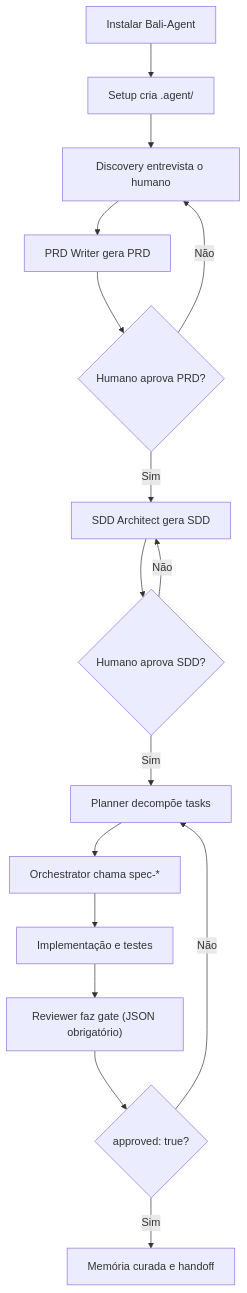
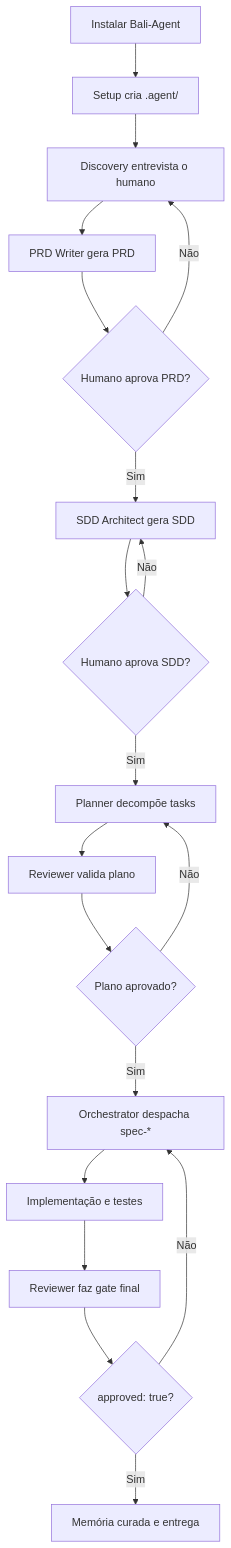
The first of 2 diagrams in README.md (ba-lison/Bali-Agent), drawn with Mermaid before and after one commit. The commit also changed other lines of this file and 33 other files, not shown here.

````diff
--- a/README.md
+++ b/README.md
@@ -265,18 +291,21 @@
 ```mermaid
 flowchart TD
   A["Instalar Bali-Agent"] --> B["Setup cria .agent/"]
   B --> C["Discovery entrevista o humano"]
   C --> D["PRD Writer gera PRD"]
   D --> E{"Humano aprova PRD?"}
   E -- "Não" --> C
   E -- "Sim" --> F["SDD Architect gera SDD"]
   F --> G{"Humano aprova SDD?"}
   G -- "Não" --> F
   G -- "Sim" --> H["Planner decompõe tasks"]
-  H --> I["Orchestrator chama spec-*"]
-  I --> J["Implementação e testes"]
-  J --> K["Reviewer faz gate (JSON obrigatório)"]
-  K --> L{"approved: true?"}
-  L -- "Não" --> H
-  L -- "Sim" --> M["Memória curada e handoff"]
+  H --> I["Reviewer valida plano"]
+  I --> J{"Plano aprovado?"}
+  J -- "Não" --> H
+  J -- "Sim" --> K["Orchestrator despacha spec-*"]
+  K --> L["Implementação e testes"]
+  L --> M["Reviewer faz gate final"]
+  M --> N{"approved: true?"}
+  N -- "Não" --> K
+  N -- "Sim" --> O["Memória curada e entrega"]
 ```
````
